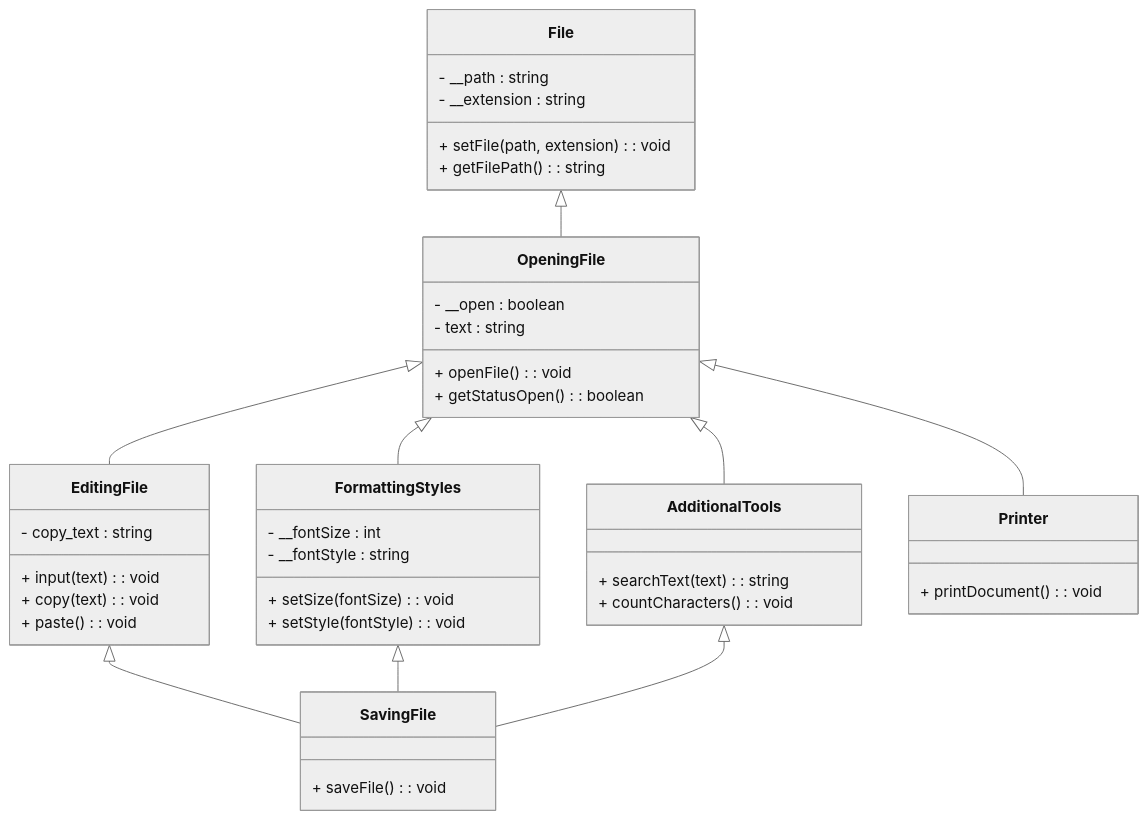
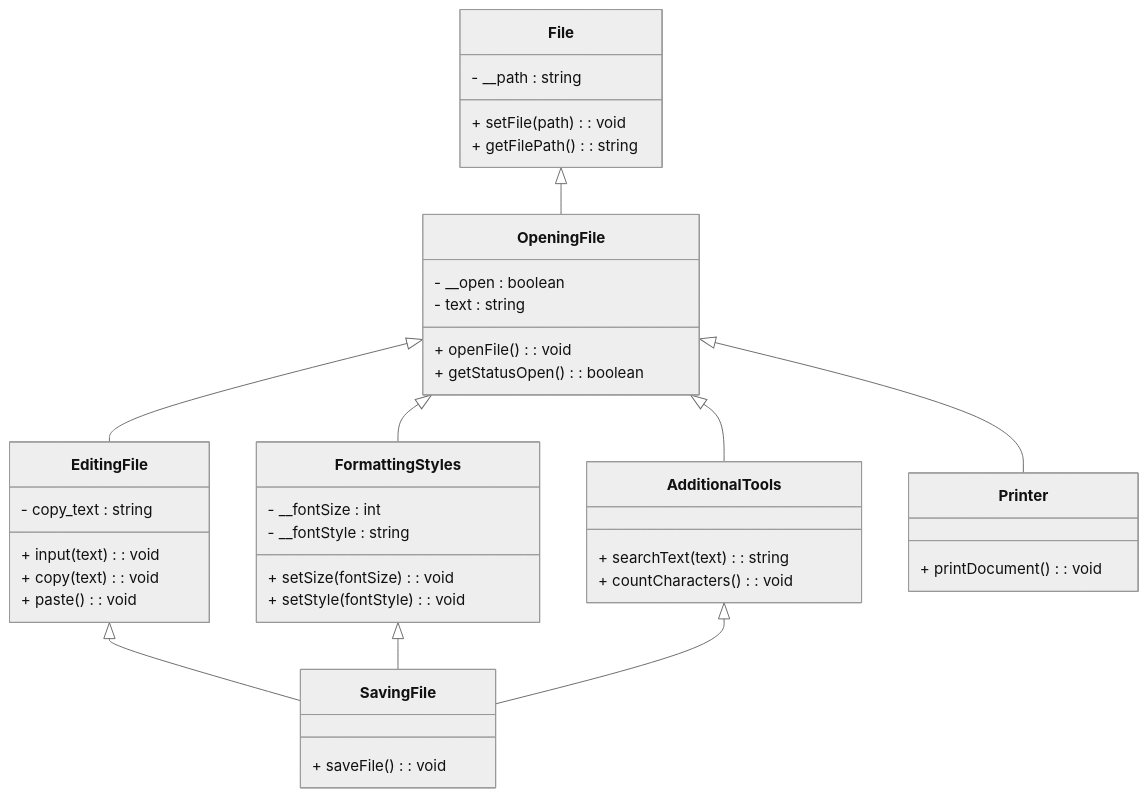
One commit to penamarth/bsbo-16-23_team5_var11_textedit changed the diagram in Документация/Модель предметной области.md. Above: the diagram before and after it, drawn with Mermaid (neutral theme).

Commit message:
Update Модель предметной области.md

````diff
--- a/Документация/Модель предметной области.md
+++ b/Документация/Модель предметной области.md
@@ -3,51 +3,50 @@
 ```mermaid
 classDiagram
   class File {
     - __path : string
-    - __extension : string
-    + setFile(path, extension) : void
+    + setFile(path) : void
     + getFilePath() : string
   }
 
   class OpeningFile {
     - __open : boolean
     - text : string
     + openFile() : void
     + getStatusOpen() : boolean
   }
   File <|-- OpeningFile
 
   class EditingFile {
     - copy_text : string
     + input(text) : void
     + copy(text) : void
     + paste() : void
   }
   OpeningFile <|-- EditingFile
 
   class FormattingStyles {
     - __fontSize : int
     - __fontStyle : string
     + setSize(fontSize) : void
     + setStyle(fontStyle) : void
   }
   OpeningFile <|-- FormattingStyles
 
   class AdditionalTools {
     + searchText(text) : string
     + countCharacters() : void
   }
   OpeningFile <|-- AdditionalTools
 
   class Printer {
     + printDocument() : void
   }
   OpeningFile <|-- Printer
 
   class SavingFile {
     + saveFile() : void
   }
   EditingFile <|-- SavingFile
   FormattingStyles <|-- SavingFile
   AdditionalTools <|-- SavingFile
 ```
````
